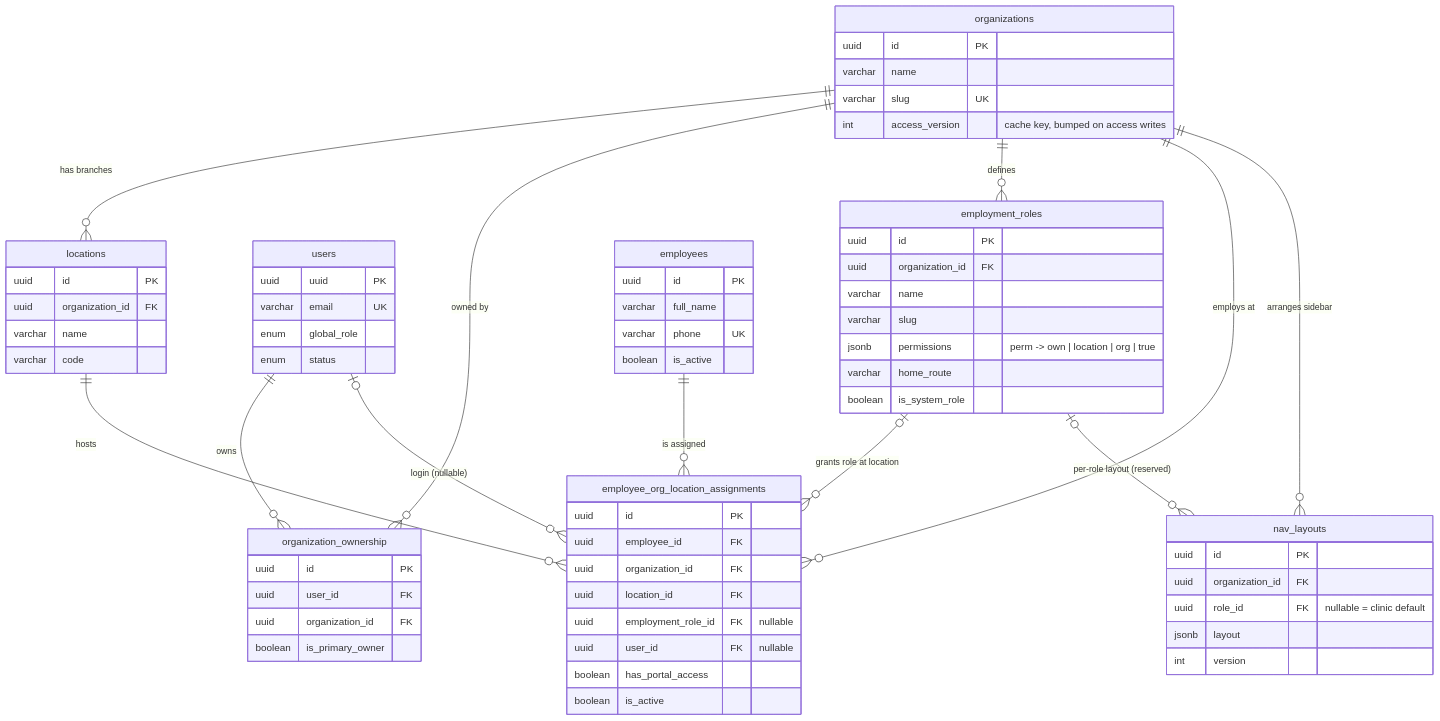
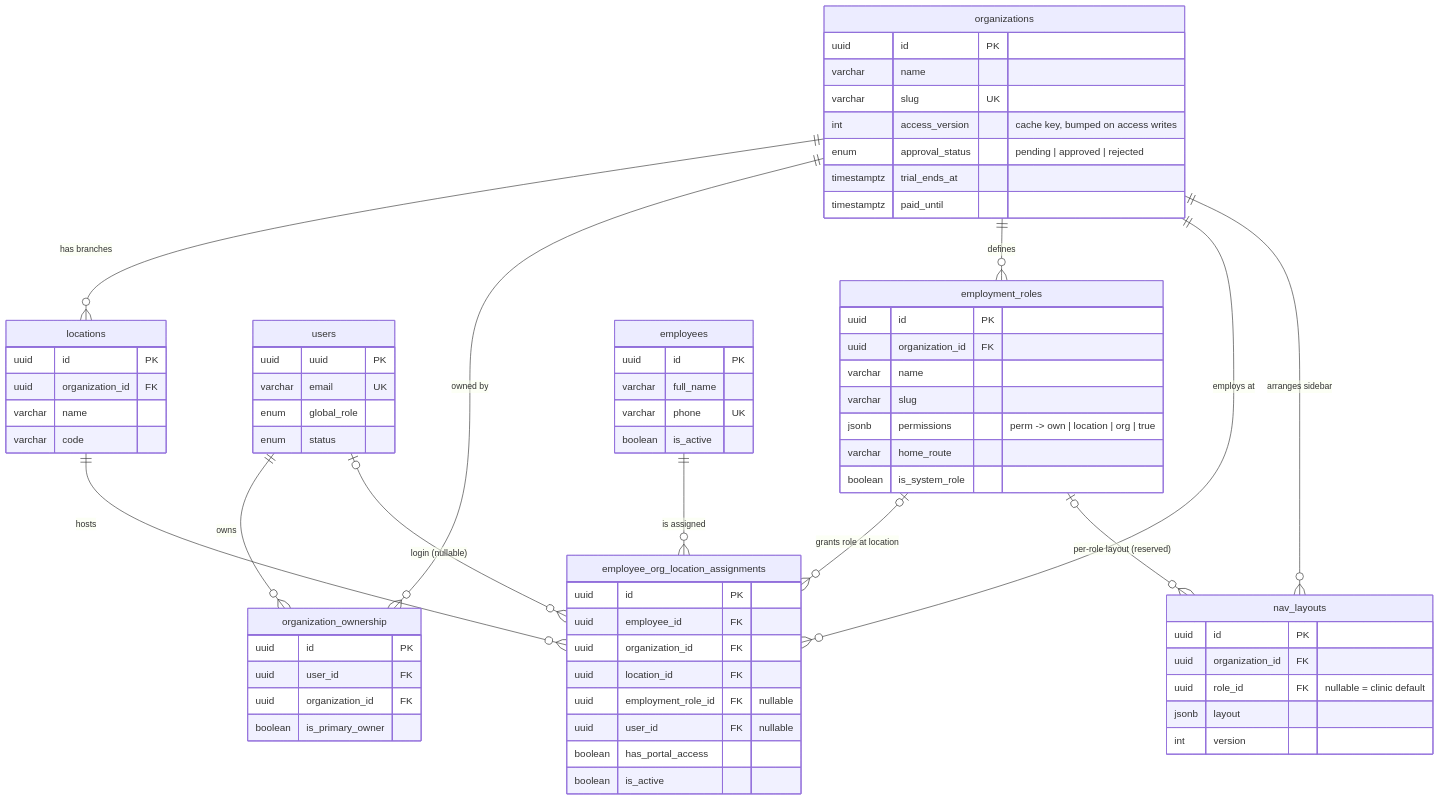
One commit to moinuddin2004/cms changed the second of 3 diagrams in docs/auth-access-erd.md. Above: the diagram before and after it, drawn with Mermaid. The commit also changed other lines of this file and 48 other files, not shown here.

```diff
--- a/docs/auth-access-erd.md
+++ b/docs/auth-access-erd.md
@@ -93,6 +116,9 @@
         varchar name
         varchar slug UK
         int access_version "cache key, bumped on access writes"
+        enum approval_status "pending | approved | rejected"
+        timestamptz trial_ends_at
+        timestamptz paid_until
     }
 
     locations {
```
